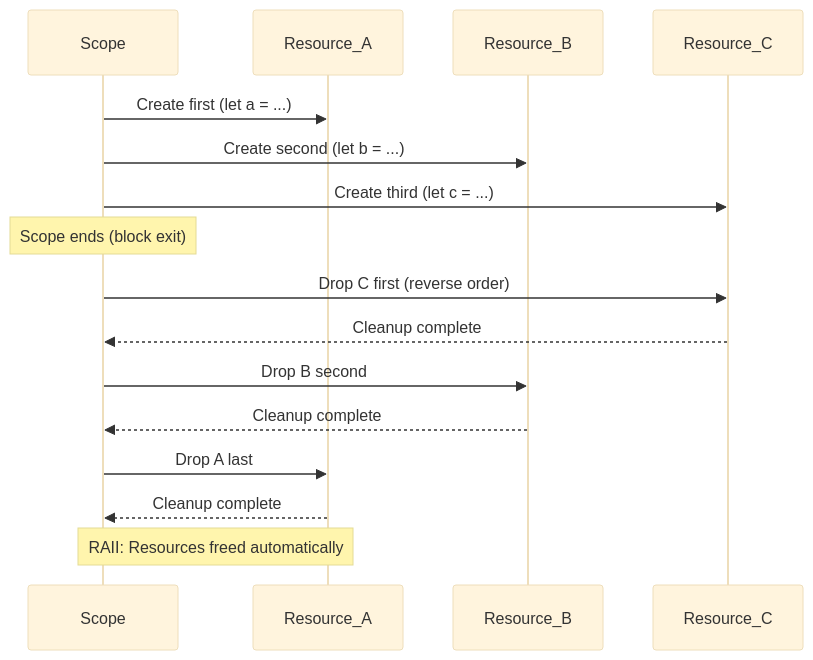
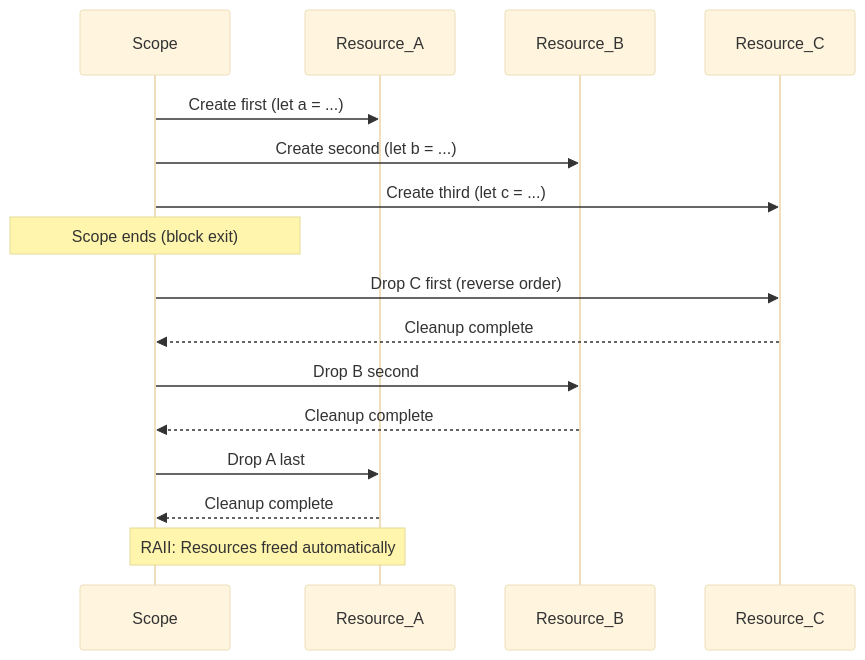
One commit to wahidyankf/open-sharia-enterprise changed diagram 14 of 14 in apps/ayokoding-web/content/en/learn/software-engineering/programming-languages/rust/tutorials/by-example/advanced.md. Above: the diagram before and after it, drawn with Mermaid (base theme). The commit also changed other lines of this file and 17 other files, not shown here.

First line of the commit message:
fix(ayokoding-web): fix all Mermaid diagram syntax errors across site

````diff
--- a/apps/ayokoding-web/content/en/learn/software-engineering/programming-languages/rust/tutorials/by-example/advanced.md
+++ b/apps/ayokoding-web/content/en/learn/software-engineering/programming-languages/rust/tutorials/by-example/advanced.md
@@ -3376,23 +3376,23 @@
 ```mermaid
 %% Drop order and RAII resource cleanup
 sequenceDiagram
     participant Scope
     participant Resource_A
     participant Resource_B
     participant Resource_C
 
     Scope->>Resource_A: Create first (let a = ...)
     Scope->>Resource_B: Create second (let b = ...)
     Scope->>Resource_C: Create third (let c = ...)
 
-    Note over Scope: Scope ends (block exit)
+    Note over Scope: Scope ends #40;block exit#41;
 
     Scope->>Resource_C: Drop C first (reverse order)
     Resource_C-->>Scope: Cleanup complete
     Scope->>Resource_B: Drop B second
     Resource_B-->>Scope: Cleanup complete
     Scope->>Resource_A: Drop A last
     Resource_A-->>Scope: Cleanup complete
 
     Note over Scope,Resource_A: RAII: Resources freed automatically
 ```
````
